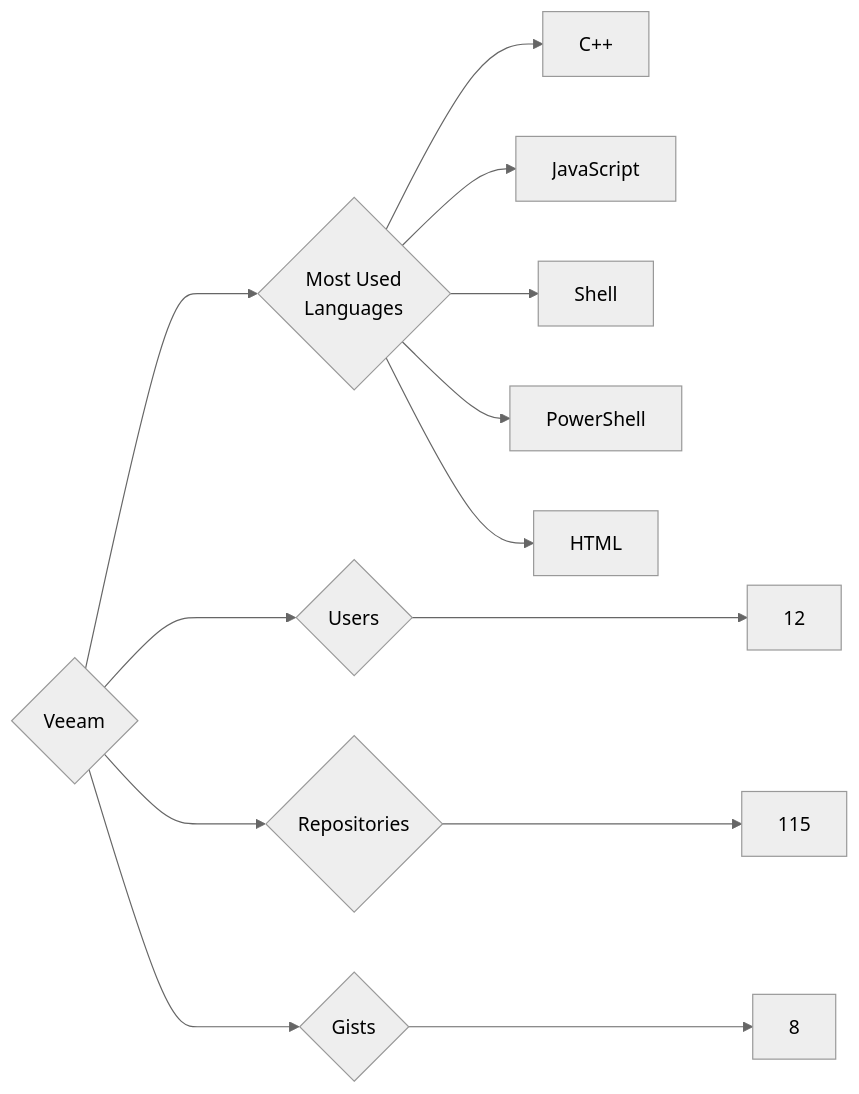
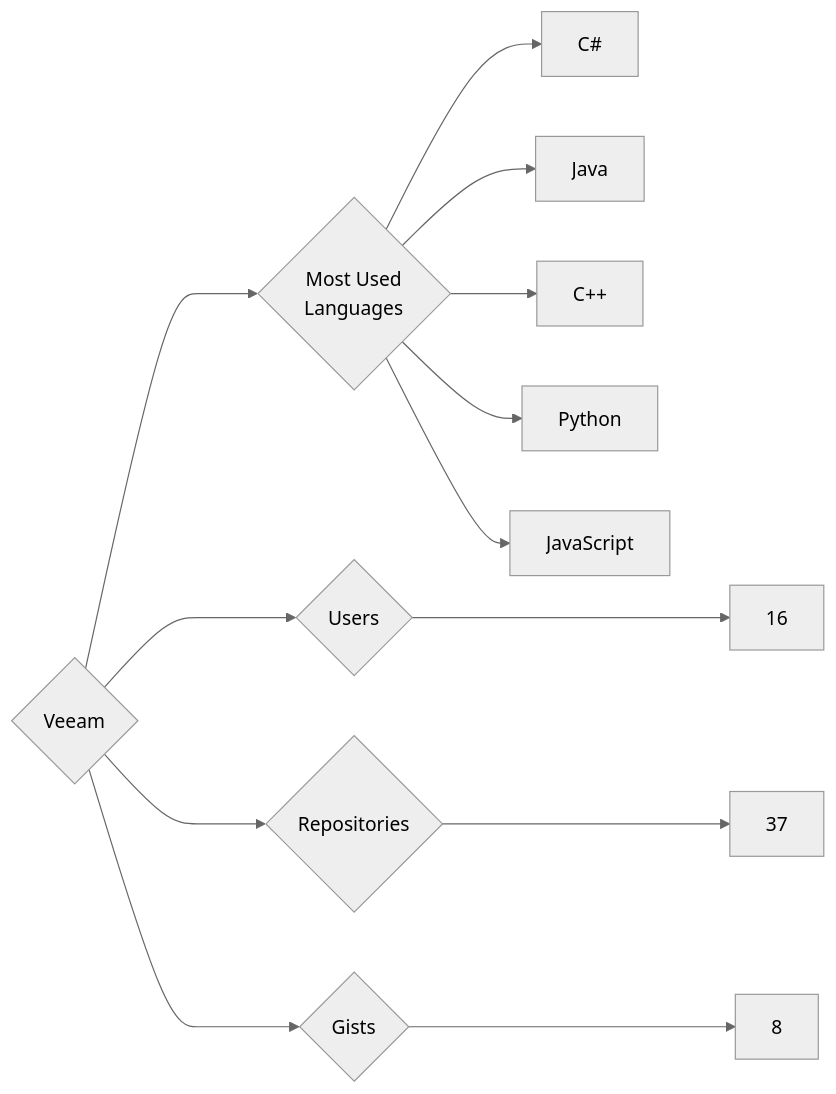
The diagram in targets/Veeam/README.md (trickest/insiders), drawn with Mermaid (neutral theme) before and after one commit. The commit also changed 770 other files, not shown here.

````diff
--- a/targets/Veeam/README.md
+++ b/targets/Veeam/README.md
@@ -3,13 +3,13 @@
 ```mermaid
 graph LR
 COMPANY_NAME{Veeam}
-COMPANY_NAME ---> U{Users} ---> UN[12]
-COMPANY_NAME ---> R{Repositories} ---> RN[115]
+COMPANY_NAME ---> U{Users} ---> UN[16]
+COMPANY_NAME ---> R{Repositories} ---> RN[37]
 COMPANY_NAME ---> G{Gists} ---> GN[8]
 COMPANY_NAME ---> ML{Most Used<br>Languages}
+ML --> C#[C#]
+ML --> Java[Java]
 ML --> C++[C++]
+ML --> Python[Python]
 ML --> JavaScript[JavaScript]
-ML --> Shell[Shell]
-ML --> PowerShell[PowerShell]
-ML --> HTML[HTML]
 ```
````
